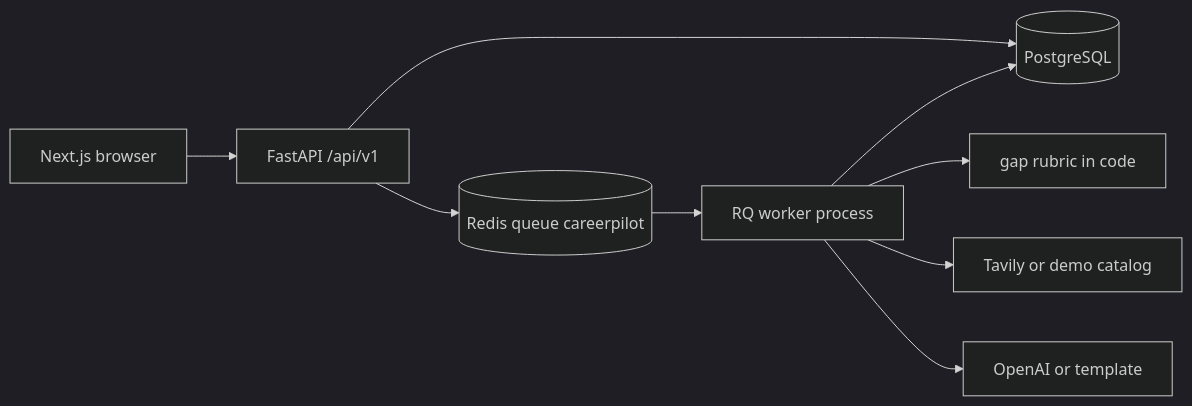
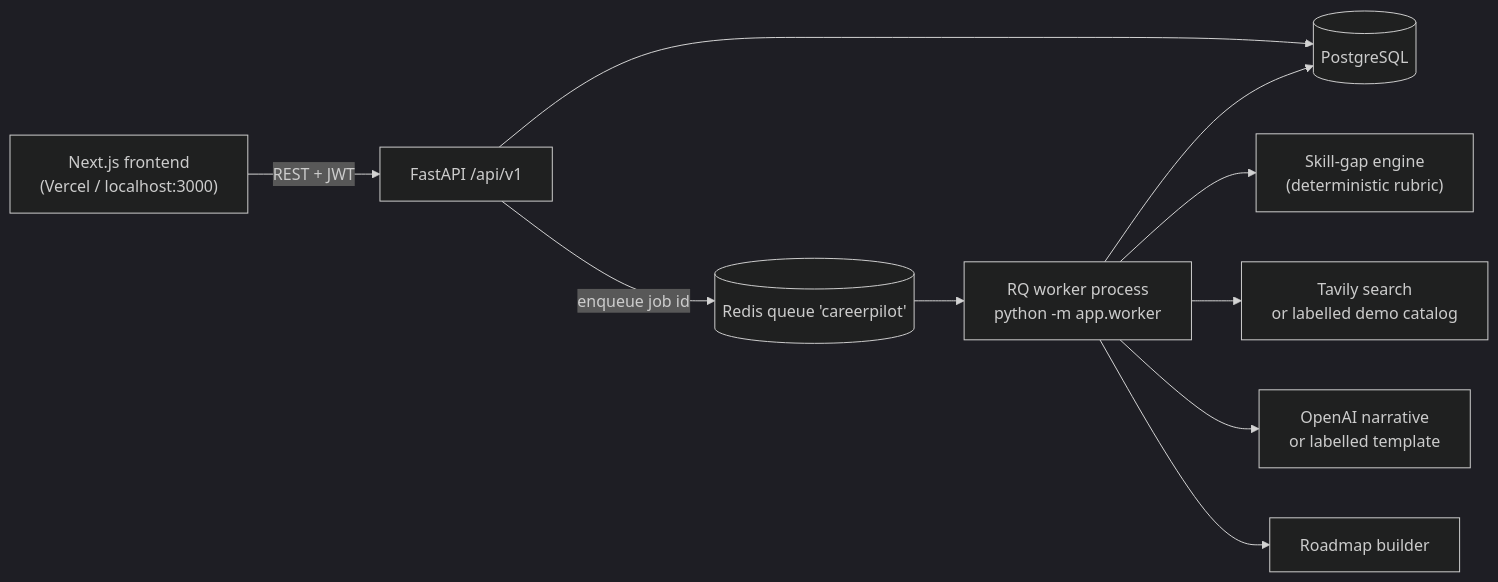
The first of 2 diagrams in README.md (shafiqahmed-786/careerpilot-ai), drawn with Mermaid (dark theme) before and after one commit. The commit also changed other lines of this file and 9 other files, not shown here.

````diff
--- a/README.md
+++ b/README.md
@@ -56,11 +66,12 @@
 ```mermaid
 flowchart LR
-  Browser[Next.js browser] --> API[FastAPI /api/v1]
-  API --> PG[(PostgreSQL)]
-  API --> Redis[(Redis queue careerpilot)]
-  Redis --> Worker[RQ worker process]
+  Browser["Next.js frontend<br/>(Vercel / localhost:3000)"] -->|"REST + JWT"| API["FastAPI /api/v1"]
+  API --> PG[("PostgreSQL")]
+  API -->|"enqueue job id"| Redis[("Redis queue 'careerpilot'")]
+  Redis --> Worker["RQ worker process<br/>python -m app.worker"]
   Worker --> PG
-  Worker --> Rubric[gap rubric in code]
-  Worker --> Search[Tavily or demo catalog]
-  Worker --> Narrative[OpenAI or template]
+  Worker --> Gaps["Skill-gap engine<br/>(deterministic rubric)"]
+  Worker --> Search["Tavily search<br/>or labelled demo catalog"]
+  Worker --> LLM["OpenAI narrative<br/>or labelled template"]
+  Worker --> Road["Roadmap builder"]
 ```
````
